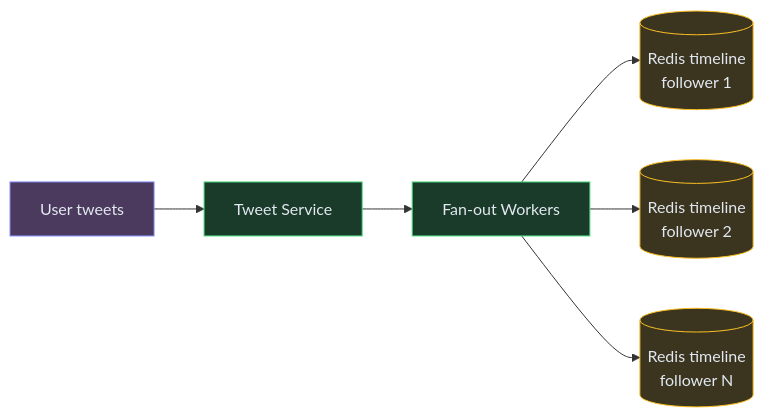
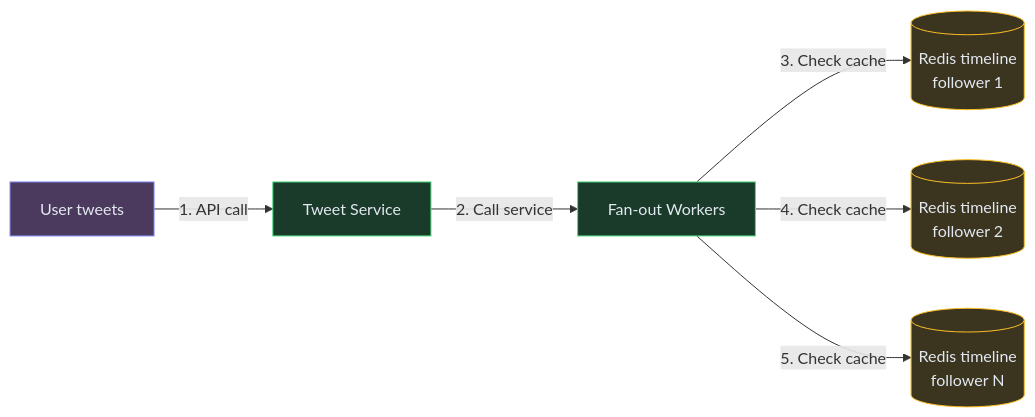
Before and after one commit to iluzn/HLD-Designs: the third of 12 diagrams in content/hld/TwitterFeed.md, drawn with Mermaid. The commit also changed other lines of this file and 27 other files, not shown here.

````diff
--- a/content/hld/TwitterFeed.md
+++ b/content/hld/TwitterFeed.md
@@ -122,19 +122,19 @@
 ```mermaid
 flowchart LR
     TWEET["User tweets"]:::client
     API["Tweet Service"]:::service
     FAN["Fan-out Workers"]:::service
     R1[("Redis timeline<br/>follower 1")]:::data
     R2[("Redis timeline<br/>follower 2")]:::data
     R3[("Redis timeline<br/>follower N")]:::data
 
-    TWEET --> API
-    API --> FAN
-    FAN --> R1
-    FAN --> R2
-    FAN --> R3
+    TWEET -->|"1. API call"| API
+    API -->|"2. Call service"| FAN
+    FAN -->|"3. Check cache"| R1
+    FAN -->|"4. Check cache"| R2
+    FAN -->|"5. Check cache"| R3
 
     classDef client fill:#4c3a5e,stroke:#818cf8,color:#e2e8f0
     classDef service fill:#1a3a2a,stroke:#4ade80,color:#e2e8f0
     classDef data fill:#3b3520,stroke:#fbbf24,color:#e2e8f0
 ```
````
